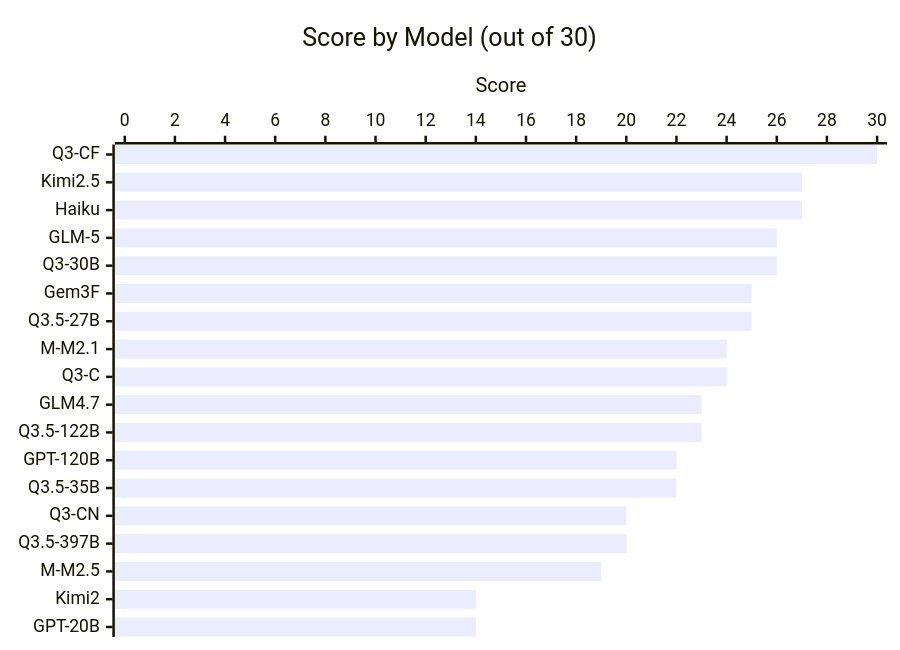
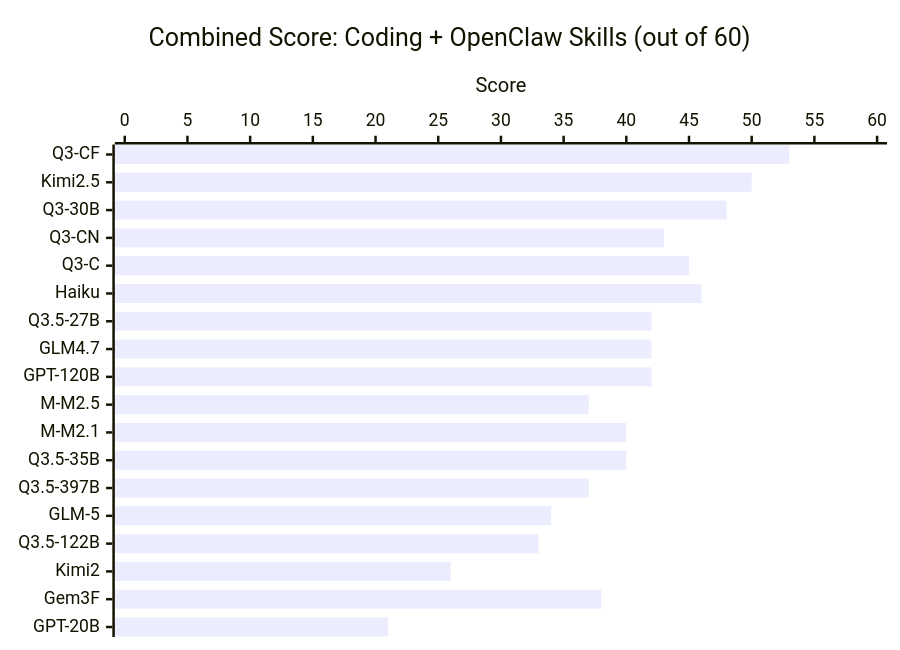
One commit to ywchiu/local_agentic_llm changed the first of 3 diagrams in README.md. Above: the diagram before and after it, drawn with Mermaid. The commit also changed other lines of this file and 1 other file, not shown here.

First line of the commit message:
docs: Group 2 benchmark results — 18 models on OpenClaw skills

````diff
--- a/README.md
+++ b/README.md
@@ -9,7 +11,7 @@
 ```mermaid
 xychart-beta horizontal
-    title "Score by Model (out of 30)"
-    x-axis ["Q3-CF", "Kimi2.5", "Haiku", "GLM-5", "Q3-30B", "Gem3F", "Q3.5-27B", "M-M2.1", "Q3-C", "GLM4.7", "Q3.5-122B", "GPT-120B", "Q3.5-35B", "Q3-CN", "Q3.5-397B", "M-M2.5", "Kimi2", "GPT-20B"]
-    y-axis "Score" 0 --> 30
-    bar [30, 27, 27, 26, 26, 25, 25, 24, 24, 23, 23, 22, 22, 20, 20, 19, 14, 14]
+    title "Combined Score: Coding + OpenClaw Skills (out of 60)"
+    x-axis ["Q3-CF", "Kimi2.5", "Q3-30B", "Q3-CN", "Q3-C", "Haiku", "Q3.5-27B", "GLM4.7", "GPT-120B", "M-M2.5", "M-M2.1", "Q3.5-35B", "Q3.5-397B", "GLM-5", "Q3.5-122B", "Kimi2", "Gem3F", "GPT-20B"]
+    y-axis "Score" 0 --> 60
+    bar [53, 50, 48, 43, 45, 46, 42, 42, 42, 37, 40, 40, 37, 34, 33, 26, 38, 21]
 ```
````
